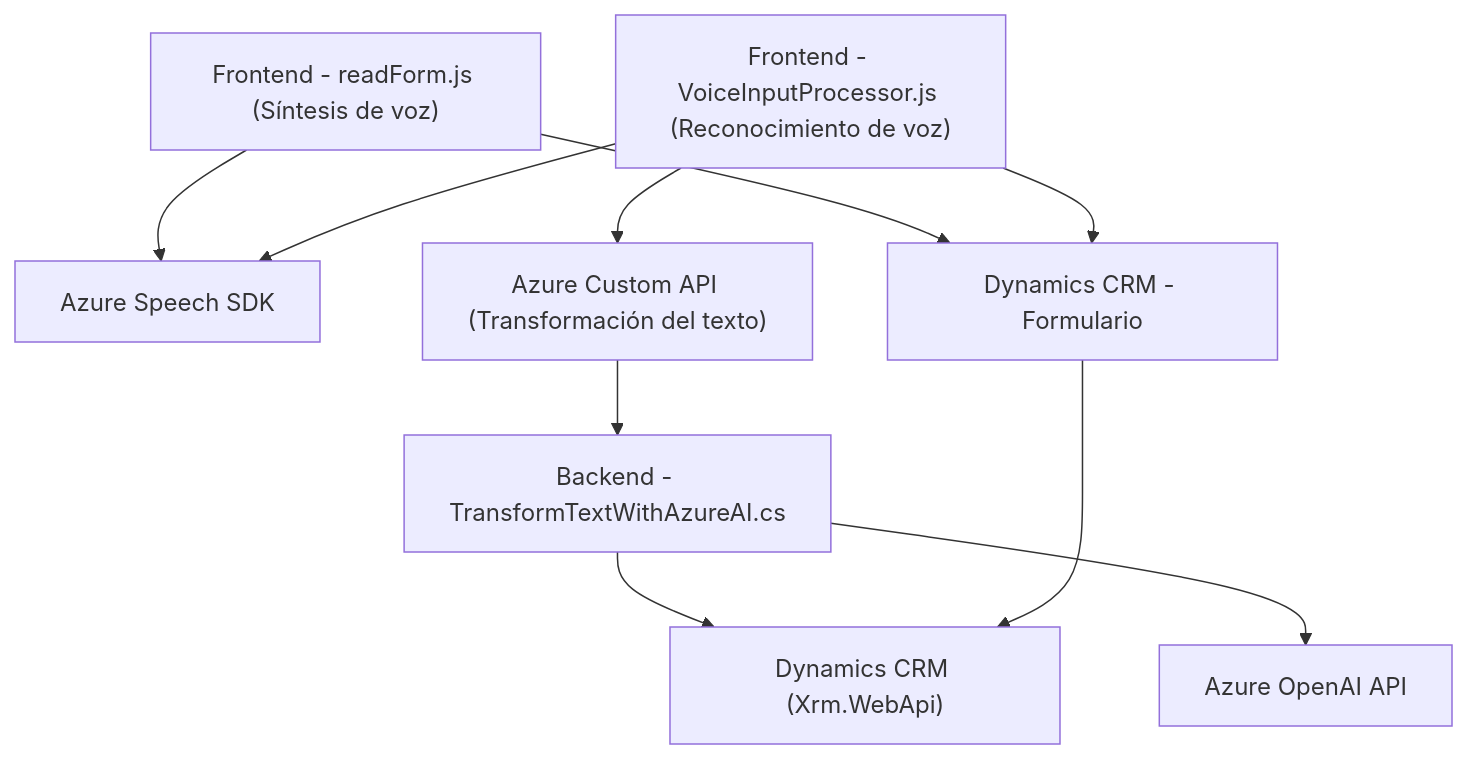
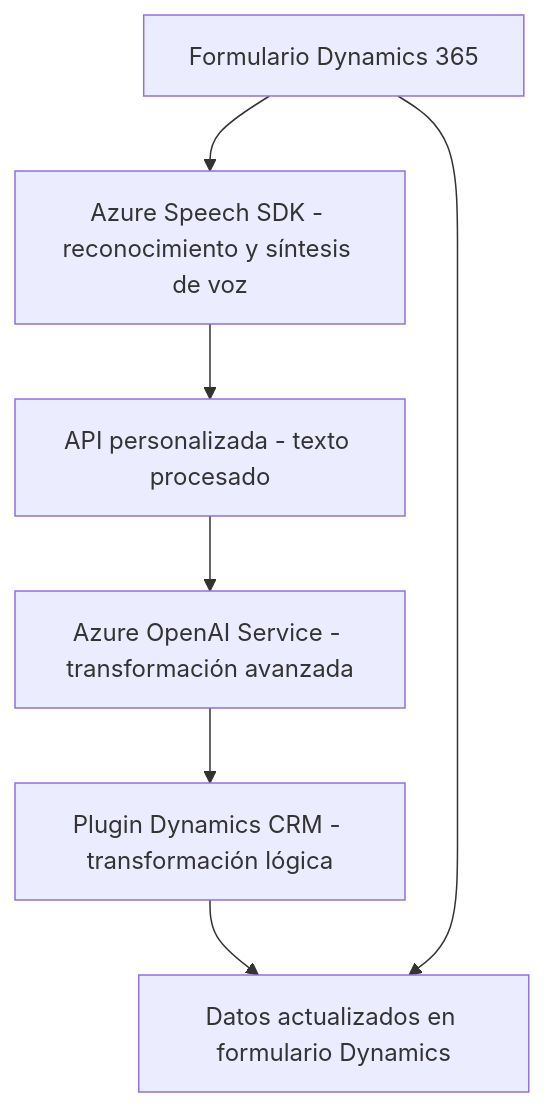
Before and after one commit to blopezdm/NETCORE_BILBAO2025: the diagram in README.md, drawn with Mermaid. The commit also changed other lines of this file, not shown here.

````diff
--- a/README.md
+++ b/README.md
@@ -43,12 +61,9 @@
 ```mermaid
 graph TD
-    A["Frontend - readForm.js (Síntesis de voz)"] --> B["Azure Speech SDK"]
-    C["Frontend - VoiceInputProcessor.js (Reconocimiento de voz)"] --> B
-    C --> D["Azure Custom API (Transformación del texto)"]
-    D --> E["Backend - TransformTextWithAzureAI.cs"]
-    E --> F["Azure OpenAI API"]
-    E --> G["Dynamics CRM (Xrm.WebApi)"]
-    A --> I["Dynamics CRM - Formulario"]
-    C --> I
-    I --> G
+  A["Formulario Dynamics 365"] --> B["Azure Speech SDK - reconocimiento y síntesis de voz"]
+  B --> C["API personalizada - texto procesado"]
+  C --> D["Azure OpenAI Service - transformación avanzada"]
+  D --> E["Plugin Dynamics CRM - transformación lógica"]
+  E --> F["Datos actualizados en formulario Dynamics"]
+  A --> F
 ```
````
